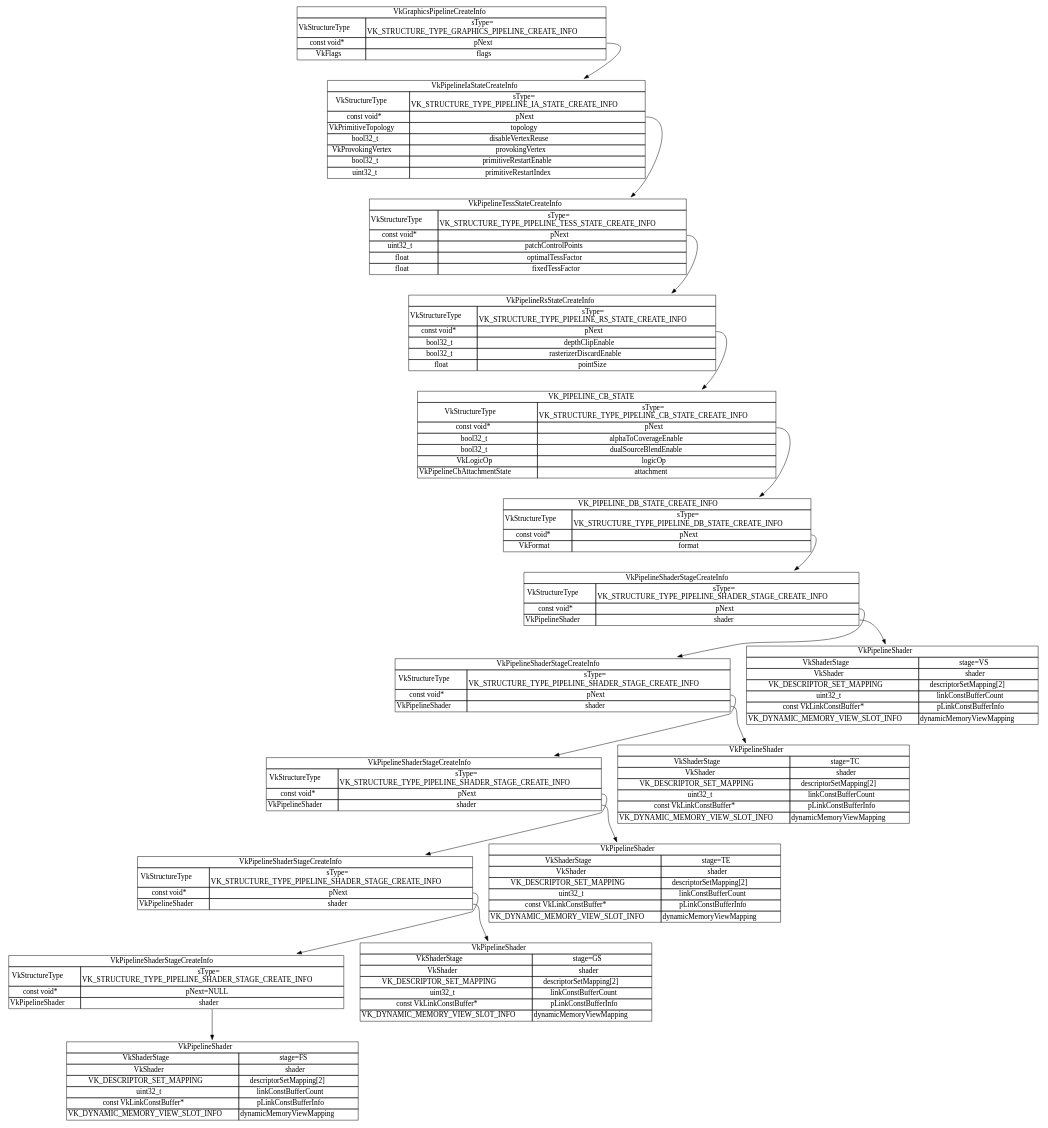
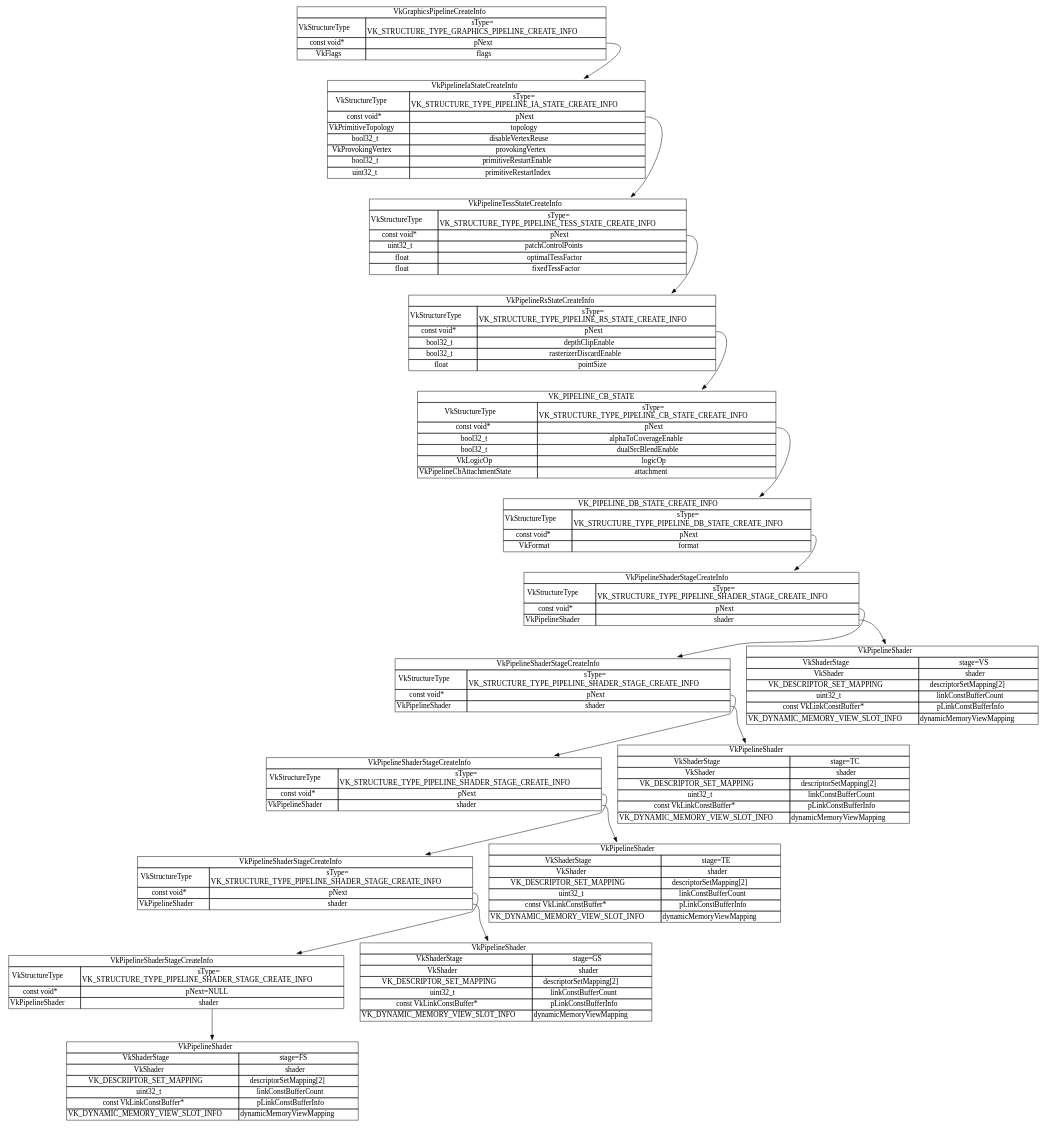
One commit to LunarG/VulkanSamples changed the diagram in docs/vk_graphics_pipeline.dot. Above: the diagram before and after it, drawn with Graphviz. The commit also changed 109 other files, not shown here.

```diff
--- a/docs/vk_graphics_pipeline.dot
+++ b/docs/vk_graphics_pipeline.dot
@@ -1,104 +1,104 @@
 digraph g {
 graph [
 rankdir = "TB"
 ];
 node [
 fontsize = "16"
 shape = "plaintext"
 ];
 edge [
 ];
 "VkGraphicsPipelineCreateInfo_" [
 label = <<TABLE BORDER="0" CELLBORDER="1" CELLSPACING="0"> <TR><TD COLSPAN="2" PORT="f0">VkGraphicsPipelineCreateInfo</TD></TR><TR><TD>VkStructureType</TD><TD>sType=<BR/>VK_STRUCTURE_TYPE_GRAPHICS_PIPELINE_CREATE_INFO</TD></TR><TR><TD>const void*</TD><TD PORT="f2">pNext</TD></TR><TR><TD>VkFlags</TD><TD>flags</TD></TR></TABLE>>
 ];
 "VkPipelineIaStateCreateInfo_" [
 label = <<TABLE BORDER="0" CELLBORDER="1" CELLSPACING="0"> <TR><TD COLSPAN="2" PORT="f0">VkPipelineIaStateCreateInfo</TD></TR><TR><TD>VkStructureType</TD><TD>sType=<BR/>VK_STRUCTURE_TYPE_PIPELINE_IA_STATE_CREATE_INFO</TD></TR><TR><TD>const void*</TD><TD PORT="f2">pNext</TD></TR><TR><TD>VkPrimitiveTopology</TD><TD>topology</TD></TR><TR><TD>bool32_t</TD><TD>disableVertexReuse</TD></TR><TR><TD>VkProvokingVertex</TD><TD>provokingVertex</TD></TR><TR><TD>bool32_t</TD><TD>primitiveRestartEnable</TD></TR><TR><TD>uint32_t</TD><TD>primitiveRestartIndex</TD></TR></TABLE>>
 ];
 "VkPipelineTessStateCreateInfo_" [
 label = <<TABLE BORDER="0" CELLBORDER="1" CELLSPACING="0"> <TR><TD COLSPAN="2" PORT="f0">VkPipelineTessStateCreateInfo</TD></TR><TR><TD>VkStructureType</TD><TD>sType=<BR/>VK_STRUCTURE_TYPE_PIPELINE_TESS_STATE_CREATE_INFO</TD></TR><TR><TD>const void*</TD><TD PORT="f2">pNext</TD></TR><TR><TD>uint32_t</TD><TD>patchControlPoints</TD></TR> <TR><TD>float</TD><TD>optimalTessFactor</TD></TR><TR><TD>float</TD><TD>fixedTessFactor</TD></TR></TABLE>>
 ];
 "VkPipelineRsStateCreateInfo_" [
 label = <<TABLE BORDER="0" CELLBORDER="1" CELLSPACING="0"> <TR><TD COLSPAN="2" PORT="f0">VkPipelineRsStateCreateInfo</TD></TR><TR><TD>VkStructureType</TD><TD>sType=<BR/>VK_STRUCTURE_TYPE_PIPELINE_RS_STATE_CREATE_INFO</TD></TR> <TR><TD>const void*</TD><TD PORT="f2">pNext</TD></TR> <TR><TD>bool32_t</TD><TD>depthClipEnable</TD></TR> <TR><TD>bool32_t</TD><TD>rasterizerDiscardEnable</TD></TR> <TR><TD>float</TD><TD>pointSize</TD></TR> </TABLE>>
 ];
 "VkPipelineCbStateCreateInfo_" [
-label = <<TABLE BORDER="0" CELLBORDER="1" CELLSPACING="0"> <TR><TD COLSPAN="2" PORT="f0">VK_PIPELINE_CB_STATE</TD></TR><TR><TD>VkStructureType</TD><TD>sType=<BR/>VK_STRUCTURE_TYPE_PIPELINE_CB_STATE_CREATE_INFO</TD></TR> <TR><TD>const void*</TD><TD PORT="f2">pNext</TD></TR> <TR><TD>bool32_t</TD><TD>alphaToCoverageEnable</TD></TR> <TR><TD>bool32_t</TD><TD>dualSourceBlendEnable</TD></TR> <TR><TD>VkLogicOp</TD><TD>logicOp</TD></TR> <TR><TD>VkPipelineCbAttachmentState</TD><TD>attachment</TD></TR> </TABLE>>
+label = <<TABLE BORDER="0" CELLBORDER="1" CELLSPACING="0"> <TR><TD COLSPAN="2" PORT="f0">VK_PIPELINE_CB_STATE</TD></TR><TR><TD>VkStructureType</TD><TD>sType=<BR/>VK_STRUCTURE_TYPE_PIPELINE_CB_STATE_CREATE_INFO</TD></TR> <TR><TD>const void*</TD><TD PORT="f2">pNext</TD></TR> <TR><TD>bool32_t</TD><TD>alphaToCoverageEnable</TD></TR> <TR><TD>bool32_t</TD><TD>dualSrcBlendEnable</TD></TR> <TR><TD>VkLogicOp</TD><TD>logicOp</TD></TR> <TR><TD>VkPipelineCbAttachmentState</TD><TD>attachment</TD></TR> </TABLE>>
 ];
 "_VK_PIPELINE_DB_STATE_CREATE_INFO" [
 label = <<TABLE BORDER="0" CELLBORDER="1" CELLSPACING="0"> <TR><TD COLSPAN="2" PORT="f0">VK_PIPELINE_DB_STATE_CREATE_INFO</TD></TR><TR><TD>VkStructureType</TD><TD>sType=<BR/>VK_STRUCTURE_TYPE_PIPELINE_DB_STATE_CREATE_INFO</TD></TR> <TR><TD>const void*</TD><TD PORT="f2">pNext</TD></TR> <TR><TD>VkFormat</TD><TD>format</TD></TR> </TABLE>>
 ];
 "VS_VK_PIPELINE_SHADER_STAGE_CREATE_INFO" [
 label = <<TABLE BORDER="0" CELLBORDER="1" CELLSPACING="0"> <TR><TD COLSPAN="2" PORT="f0">VkPipelineShaderStageCreateInfo</TD></TR><TR><TD>VkStructureType</TD><TD>sType=<BR/>VK_STRUCTURE_TYPE_PIPELINE_SHADER_STAGE_CREATE_INFO</TD></TR> <TR><TD>const void*</TD><TD PORT="f2">pNext</TD></TR> <TR><TD>VkPipelineShader</TD><TD PORT="f4">shader</TD></TR> </TABLE>>
 ];
 "TC_VK_PIPELINE_SHADER_STAGE_CREATE_INFO" [
 label = <<TABLE BORDER="0" CELLBORDER="1" CELLSPACING="0"> <TR><TD COLSPAN="2" PORT="f0">VkPipelineShaderStageCreateInfo</TD></TR><TR><TD>VkStructureType</TD><TD>sType=<BR/>VK_STRUCTURE_TYPE_PIPELINE_SHADER_STAGE_CREATE_INFO</TD></TR> <TR><TD>const void*</TD><TD PORT="f2">pNext</TD></TR> <TR><TD>VkPipelineShader</TD><TD PORT="f4">shader</TD></TR> </TABLE>>
 ];
 "TE_VK_PIPELINE_SHADER_STAGE_CREATE_INFO" [
 label = <<TABLE BORDER="0" CELLBORDER="1" CELLSPACING="0"> <TR><TD COLSPAN="2" PORT="f0">VkPipelineShaderStageCreateInfo</TD></TR><TR><TD>VkStructureType</TD><TD>sType=<BR/>VK_STRUCTURE_TYPE_PIPELINE_SHADER_STAGE_CREATE_INFO</TD></TR> <TR><TD>const void*</TD><TD PORT="f2">pNext</TD></TR> <TR><TD>VkPipelineShader</TD><TD PORT="f4">shader</TD></TR> </TABLE>>
 ];
 "GS_VK_PIPELINE_SHADER_STAGE_CREATE_INFO" [
 label = <<TABLE BORDER="0" CELLBORDER="1" CELLSPACING="0"> <TR><TD COLSPAN="2" PORT="f0">VkPipelineShaderStageCreateInfo</TD></TR><TR><TD>VkStructureType</TD><TD>sType=<BR/>VK_STRUCTURE_TYPE_PIPELINE_SHADER_STAGE_CREATE_INFO</TD></TR> <TR><TD>const void*</TD><TD PORT="f2">pNext</TD></TR> <TR><TD>VkPipelineShader</TD><TD PORT="f4">shader</TD></TR> </TABLE>>
 ];
 "FS_VK_PIPELINE_SHADER_STAGE_CREATE_INFO" [
 label = <<TABLE BORDER="0" CELLBORDER="1" CELLSPACING="0"> <TR><TD COLSPAN="2" PORT="f0">VkPipelineShaderStageCreateInfo</TD></TR><TR><TD>VkStructureType</TD><TD>sType=<BR/>VK_STRUCTURE_TYPE_PIPELINE_SHADER_STAGE_CREATE_INFO</TD></TR> <TR><TD>const void*</TD><TD PORT="f2">pNext=NULL</TD></TR> <TR><TD>VkPipelineShader</TD><TD PORT="f4">shader</TD></TR> </TABLE>>
 ];
 "VS_VK_PIPELINE_SHADER" [
 label = <<TABLE BORDER="0" CELLBORDER="1" CELLSPACING="0"> <TR><TD COLSPAN="2" PORT="f0">VkPipelineShader</TD></TR><TR><TD PORT="f1">VkShaderStage</TD><TD PORT="f2">stage=VS</TD></TR><TR><TD PORT="f3">VkShader</TD><TD PORT="f4">shader</TD></TR><TR><TD PORT="f5">VK_DESCRIPTOR_SET_MAPPING</TD><TD PORT="f6">descriptorSetMapping[2]</TD></TR><TR><TD PORT="f7">uint32_t</TD><TD PORT="f8">linkConstBufferCount</TD></TR><TR><TD PORT="f9">const VkLinkConstBuffer*</TD><TD PORT="f10">pLinkConstBufferInfo</TD></TR><TR><TD PORT="f11">VK_DYNAMIC_MEMORY_VIEW_SLOT_INFO</TD><TD PORT="f12">dynamicMemoryViewMapping</TD></TR></TABLE>>
 ];
 "TC_VK_PIPELINE_SHADER" [
 label = <<TABLE BORDER="0" CELLBORDER="1" CELLSPACING="0"> <TR><TD COLSPAN="2" PORT="f0">VkPipelineShader</TD></TR><TR><TD PORT="f1">VkShaderStage</TD><TD PORT="f2">stage=TC</TD></TR><TR><TD PORT="f3">VkShader</TD><TD PORT="f4">shader</TD></TR><TR><TD PORT="f5">VK_DESCRIPTOR_SET_MAPPING</TD><TD PORT="f6">descriptorSetMapping[2]</TD></TR><TR><TD PORT="f7">uint32_t</TD><TD PORT="f8">linkConstBufferCount</TD></TR><TR><TD PORT="f9">const VkLinkConstBuffer*</TD><TD PORT="f10">pLinkConstBufferInfo</TD></TR><TR><TD PORT="f11">VK_DYNAMIC_MEMORY_VIEW_SLOT_INFO</TD><TD PORT="f12">dynamicMemoryViewMapping</TD></TR></TABLE>>
 ];
 "TE_VK_PIPELINE_SHADER" [
 label = <<TABLE BORDER="0" CELLBORDER="1" CELLSPACING="0"> <TR><TD COLSPAN="2" PORT="f0">VkPipelineShader</TD></TR><TR><TD PORT="f1">VkShaderStage</TD><TD PORT="f2">stage=TE</TD></TR><TR><TD PORT="f3">VkShader</TD><TD PORT="f4">shader</TD></TR><TR><TD PORT="f5">VK_DESCRIPTOR_SET_MAPPING</TD><TD PORT="f6">descriptorSetMapping[2]</TD></TR><TR><TD PORT="f7">uint32_t</TD><TD PORT="f8">linkConstBufferCount</TD></TR><TR><TD PORT="f9">const VkLinkConstBuffer*</TD><TD PORT="f10">pLinkConstBufferInfo</TD></TR><TR><TD PORT="f11">VK_DYNAMIC_MEMORY_VIEW_SLOT_INFO</TD><TD PORT="f12">dynamicMemoryViewMapping</TD></TR></TABLE>>
 ];
 "GS_VK_PIPELINE_SHADER" [
 label = <<TABLE BORDER="0" CELLBORDER="1" CELLSPACING="0"> <TR><TD COLSPAN="2" PORT="f0">VkPipelineShader</TD></TR><TR><TD PORT="f1">VkShaderStage</TD><TD PORT="f2">stage=GS</TD></TR><TR><TD PORT="f3">VkShader</TD><TD PORT="f4">shader</TD></TR><TR><TD PORT="f5">VK_DESCRIPTOR_SET_MAPPING</TD><TD PORT="f6">descriptorSetMapping[2]</TD></TR><TR><TD PORT="f7">uint32_t</TD><TD PORT="f8">linkConstBufferCount</TD></TR><TR><TD PORT="f9">const VkLinkConstBuffer*</TD><TD PORT="f10">pLinkConstBufferInfo</TD></TR><TR><TD PORT="f11">VK_DYNAMIC_MEMORY_VIEW_SLOT_INFO</TD><TD PORT="f12">dynamicMemoryViewMapping</TD></TR></TABLE>>
 ];
 "FS_VK_PIPELINE_SHADER" [
 label = <<TABLE BORDER="0" CELLBORDER="1" CELLSPACING="0"> <TR><TD COLSPAN="2" PORT="f0">VkPipelineShader</TD></TR><TR><TD PORT="f1">VkShaderStage</TD><TD PORT="f2">stage=FS</TD></TR><TR><TD PORT="f3">VkShader</TD><TD PORT="f4">shader</TD></TR><TR><TD PORT="f5">VK_DESCRIPTOR_SET_MAPPING</TD><TD PORT="f6">descriptorSetMapping[2]</TD></TR><TR><TD PORT="f7">uint32_t</TD><TD PORT="f8">linkConstBufferCount</TD></TR><TR><TD PORT="f9">const VkLinkConstBuffer*</TD><TD PORT="f10">pLinkConstBufferInfo</TD></TR><TR><TD PORT="f11">VK_DYNAMIC_MEMORY_VIEW_SLOT_INFO</TD><TD PORT="f12">dynamicMemoryViewMapping</TD></TR></TABLE>>
 ];
 "VkGraphicsPipelineCreateInfo_":f2 -> "VkPipelineIaStateCreateInfo_" [
 id = 0
 ];
 "VkPipelineIaStateCreateInfo_":f2 -> "VkPipelineTessStateCreateInfo_" [
 id = 1
 ];
 "VkPipelineTessStateCreateInfo_":f2 -> "VkPipelineRsStateCreateInfo_" [
 id = 2
 ];
 "VkPipelineRsStateCreateInfo_":f2 -> "VkPipelineCbStateCreateInfo_" [
 id = 3
 ];
 "VkPipelineCbStateCreateInfo_":f2 -> "_VK_PIPELINE_DB_STATE_CREATE_INFO" [
 id = 4
 ];
 "_VK_PIPELINE_DB_STATE_CREATE_INFO":f2 -> "VS_VK_PIPELINE_SHADER_STAGE_CREATE_INFO" [
 id = 5
 ];
 "VS_VK_PIPELINE_SHADER_STAGE_CREATE_INFO":f2 -> "TC_VK_PIPELINE_SHADER_STAGE_CREATE_INFO" [
 id = 6
 ];
 "TC_VK_PIPELINE_SHADER_STAGE_CREATE_INFO":f2 -> "TE_VK_PIPELINE_SHADER_STAGE_CREATE_INFO" [
 id = 7
 ];
 "TE_VK_PIPELINE_SHADER_STAGE_CREATE_INFO":f2 -> "GS_VK_PIPELINE_SHADER_STAGE_CREATE_INFO" [
 id = 8
 ];
 "GS_VK_PIPELINE_SHADER_STAGE_CREATE_INFO":f2 -> "FS_VK_PIPELINE_SHADER_STAGE_CREATE_INFO" [
 id = 9
 ];
 "VS_VK_PIPELINE_SHADER_STAGE_CREATE_INFO":f4 -> "VS_VK_PIPELINE_SHADER" [
 id = 10
 ];
 "TE_VK_PIPELINE_SHADER_STAGE_CREATE_INFO":f4 -> "TE_VK_PIPELINE_SHADER" [
 id = 11
 ];
 "TC_VK_PIPELINE_SHADER_STAGE_CREATE_INFO":f4 -> "TC_VK_PIPELINE_SHADER" [
 id = 12
 ];
 "GS_VK_PIPELINE_SHADER_STAGE_CREATE_INFO":f4 -> "GS_VK_PIPELINE_SHADER" [
 id = 13
 ];
 "FS_VK_PIPELINE_SHADER_STAGE_CREATE_INFO":f4 -> "FS_VK_PIPELINE_SHADER" [
 id = 14
 ];
 }
```
